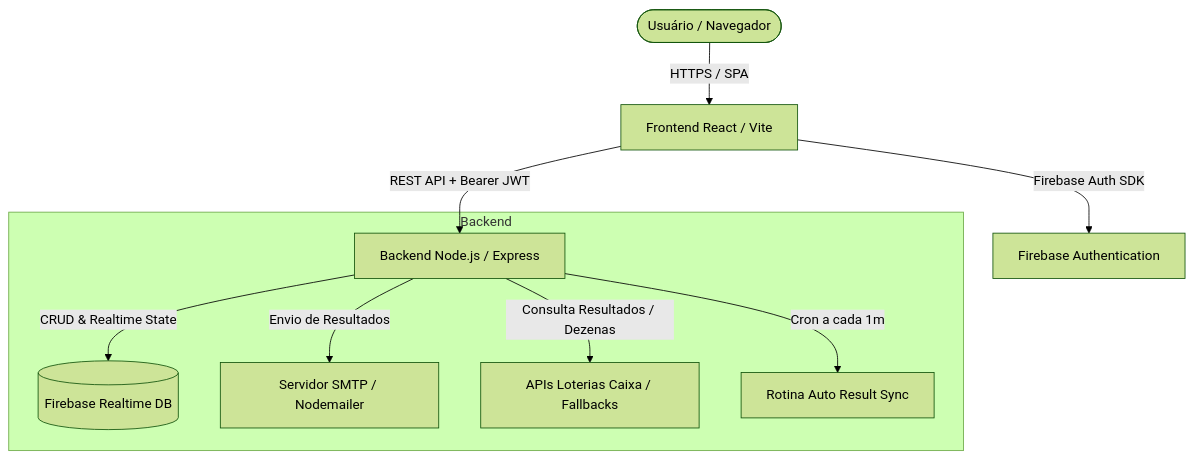
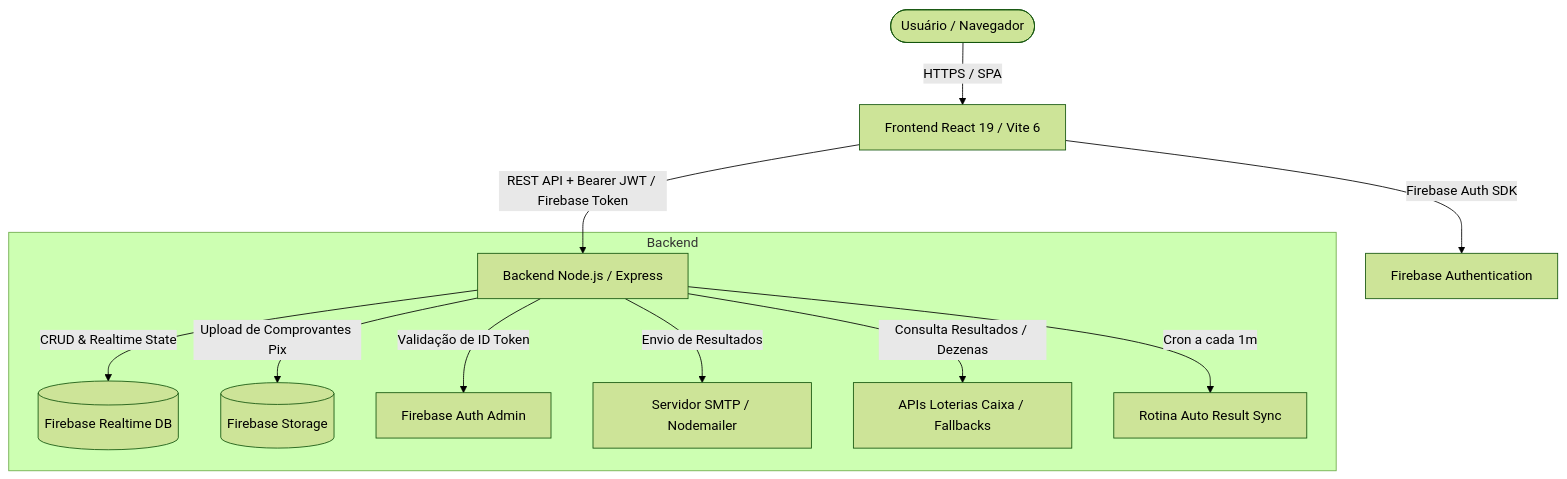
Before and after one commit to odutradev/alvaradasorte: the diagram in README.md, drawn with Mermaid (forest theme). The commit also changed other lines of this file, not shown here.

Commit message:
docs: update README with current api structure routes and security mechanisms

````diff
--- a/README.md
+++ b/README.md
@@ -48,13 +53,15 @@
 ```mermaid
 graph TD
-    User([Usuário / Navegador]) -->|HTTPS / SPA| UI[Frontend React / Vite]
+    User([Usuário / Navegador]) -->|HTTPS / SPA| UI[Frontend React 19 / Vite 6]
     UI -->|Firebase Auth SDK| FirebaseAuth[Firebase Authentication]
-    UI -->|REST API + Bearer JWT| API[Backend Node.js / Express]
+    UI -->|REST API + Bearer JWT / Firebase Token| API[Backend Node.js / Express]
     
     subgraph Backend
         API -->|CRUD & Realtime State| FirebaseDB[(Firebase Realtime DB)]
+        API -->|Upload de Comprovantes Pix| FirebaseStorage[(Firebase Storage)]
+        API -->|Validação de ID Token| FirebaseAuthAdmin[Firebase Auth Admin]
         API -->|Envio de Resultados| SMTP[Servidor SMTP / Nodemailer]
         API -->|Consulta Resultados / Dezenas| CaixaAPI[APIs Loterias Caixa / Fallbacks]
         API -->|Cron a cada 1m| AutoSync[Rotina Auto Result Sync]
     end
 ```
````
